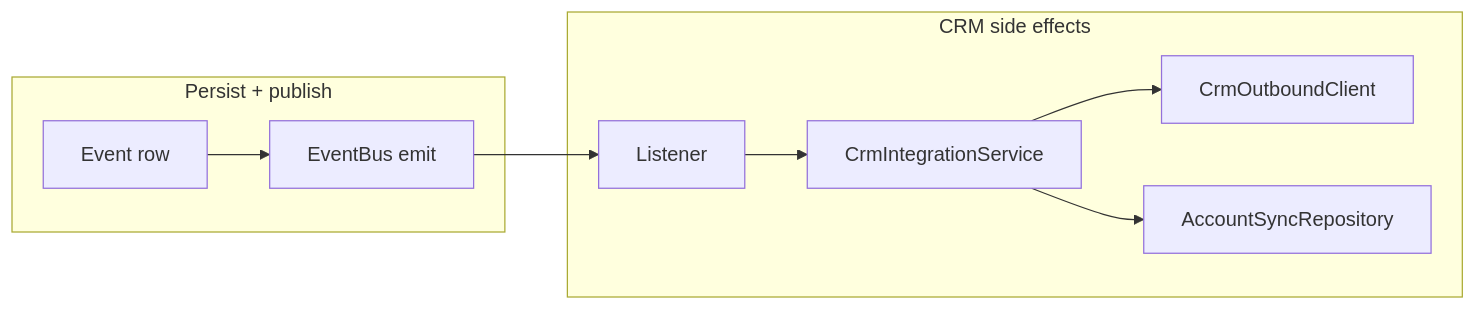
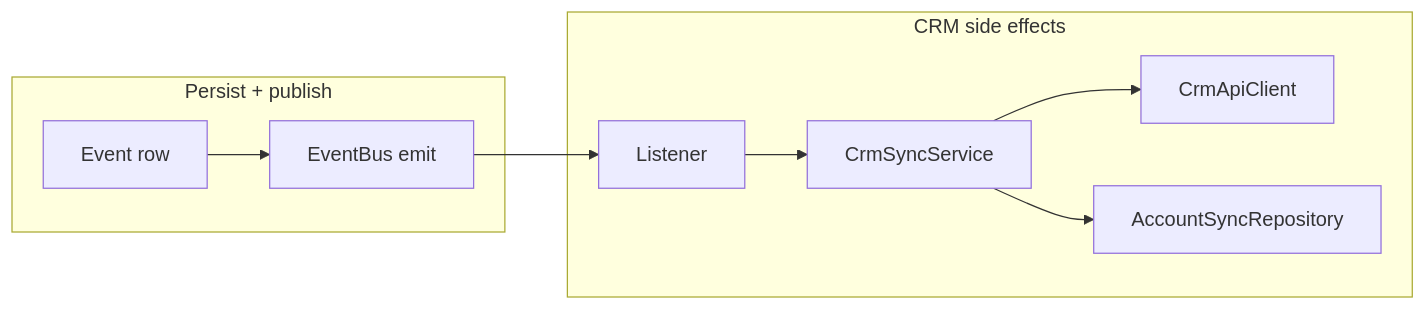
The first of 2 diagrams in README.md (orpazavdaev/creditly-project), drawn with Mermaid before and after one commit. The commit also changed other lines of this file and 20 other files, not shown here.

````diff
--- a/README.md
+++ b/README.md
@@ -233,18 +239,18 @@
 ```mermaid
 flowchart LR
   subgraph persist["Persist + publish"]
     E[Event row]
     EB[EventBus emit]
   end
   subgraph crm["CRM side effects"]
     L[Listener]
-    S[CrmIntegrationService]
-    C[CrmOutboundClient]
+    S[CrmSyncService]
+    C[CrmApiClient]
     R[AccountSyncRepository]
   end
   E --> EB
   EB --> L
   L --> S
   S --> C
   S --> R
 ```
````
